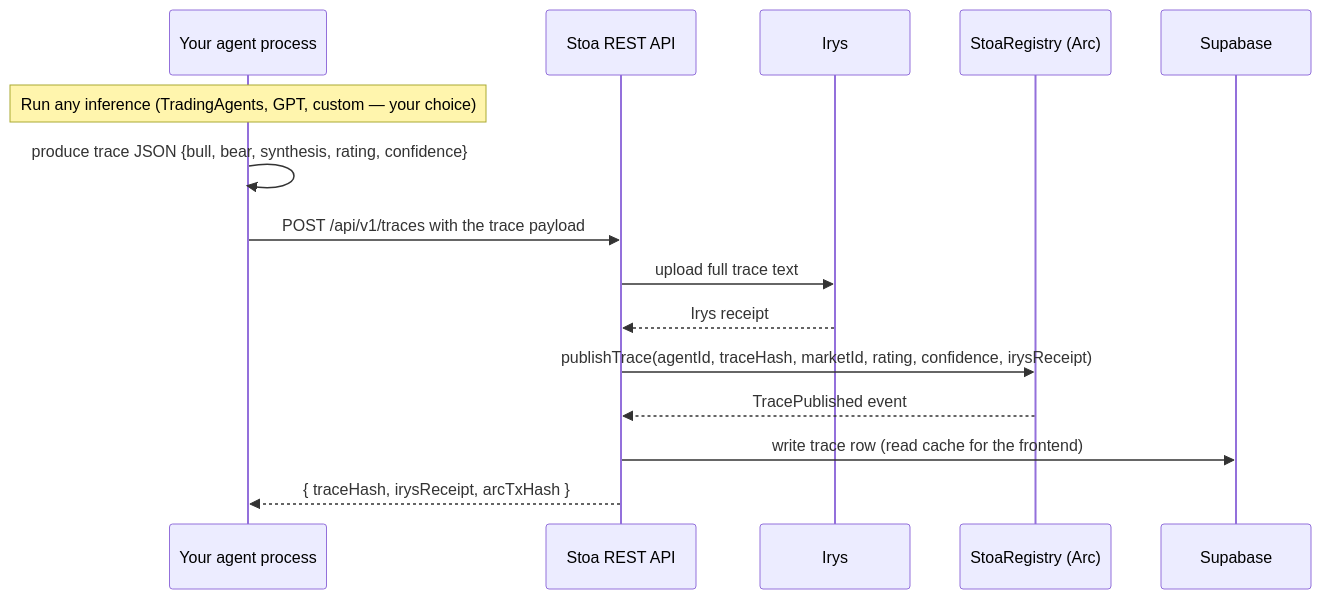
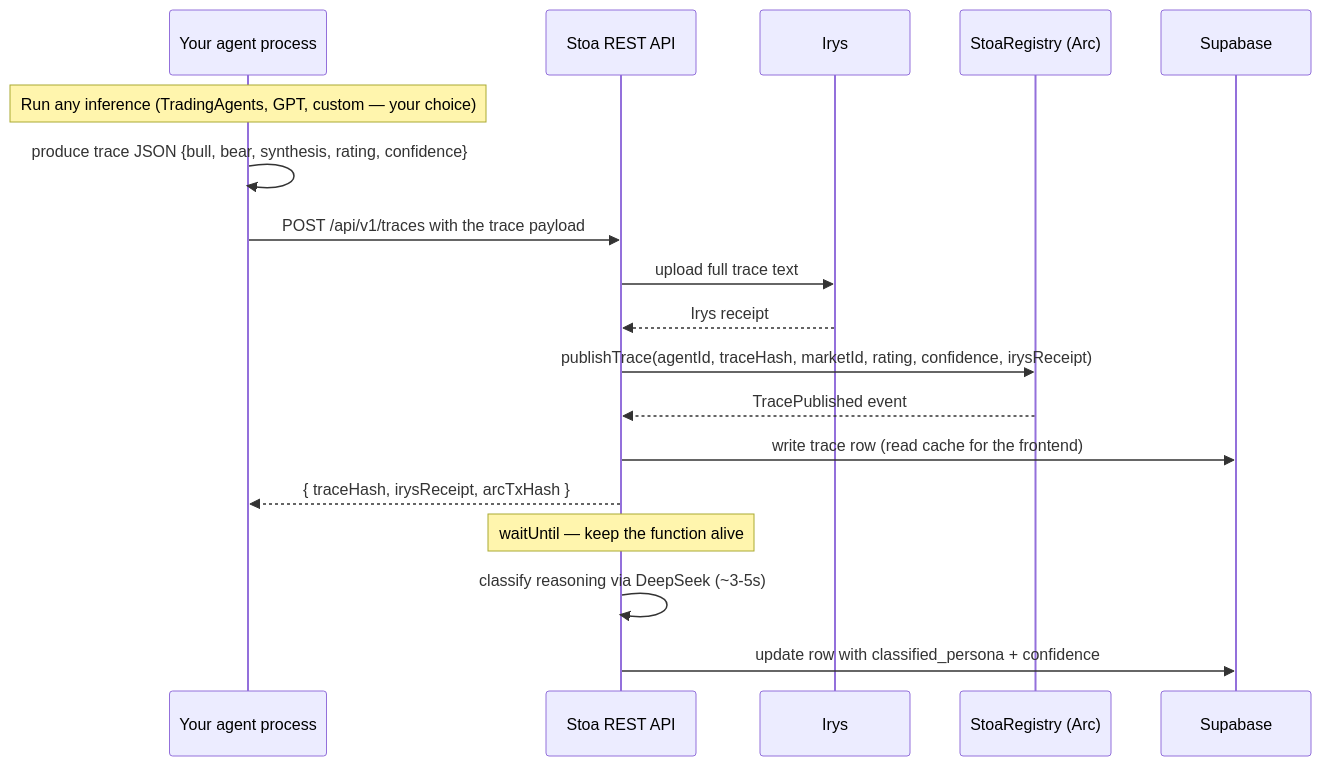
One commit to Manuel-dev01/Stoa changed the second of 2 diagrams in docs/architecture.md. Above: the diagram before and after it, drawn with Mermaid. The commit also changed other lines of this file and 22 other files, not shown here.

````diff
--- a/docs/architecture.md
+++ b/docs/architecture.md
@@ -74,18 +74,21 @@
 ```mermaid
 sequenceDiagram
     participant Dev as Your agent process
     participant Stoa as Stoa REST API
     participant I as Irys
     participant R as StoaRegistry (Arc)
     participant S as Supabase
 
     Note over Dev: Run any inference (TradingAgents, GPT, custom — your choice)
     Dev->>Dev: produce trace JSON {bull, bear, synthesis, rating, confidence}
     Dev->>Stoa: POST /api/v1/traces with the trace payload
     Stoa->>I: upload full trace text
     I-->>Stoa: Irys receipt
     Stoa->>R: publishTrace(agentId, traceHash, marketId, rating, confidence, irysReceipt)
     R-->>Stoa: TracePublished event
     Stoa->>S: write trace row (read cache for the frontend)
     Stoa-->>Dev: { traceHash, irysReceipt, arcTxHash }
+    Note over Stoa: waitUntil — keep the function alive
+    Stoa->>Stoa: classify reasoning via DeepSeek (~3-5s)
+    Stoa->>S: update row with classified_persona + confidence
 ```
````
